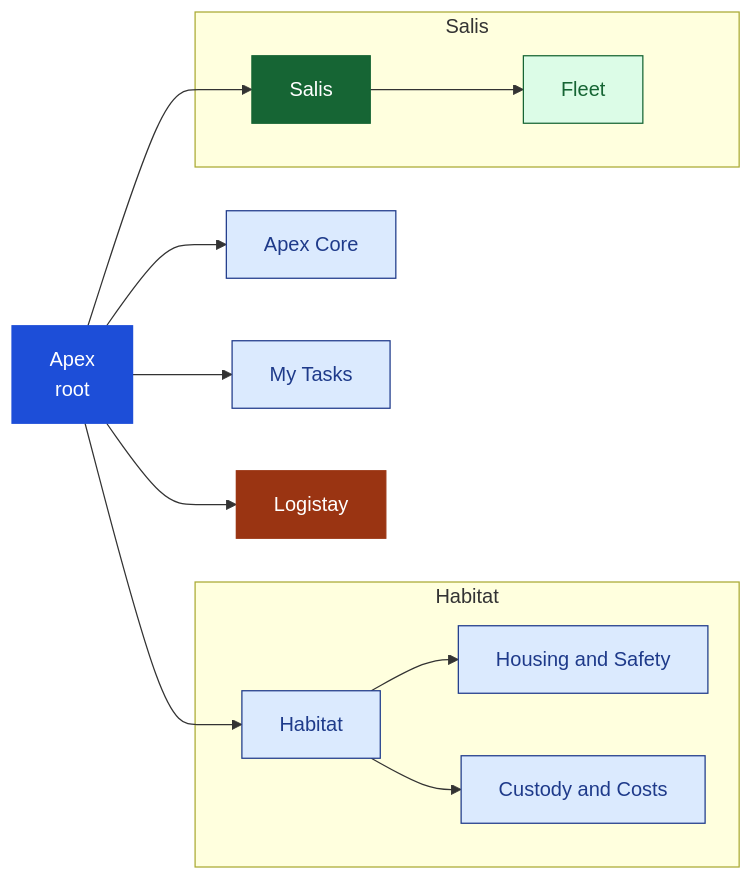
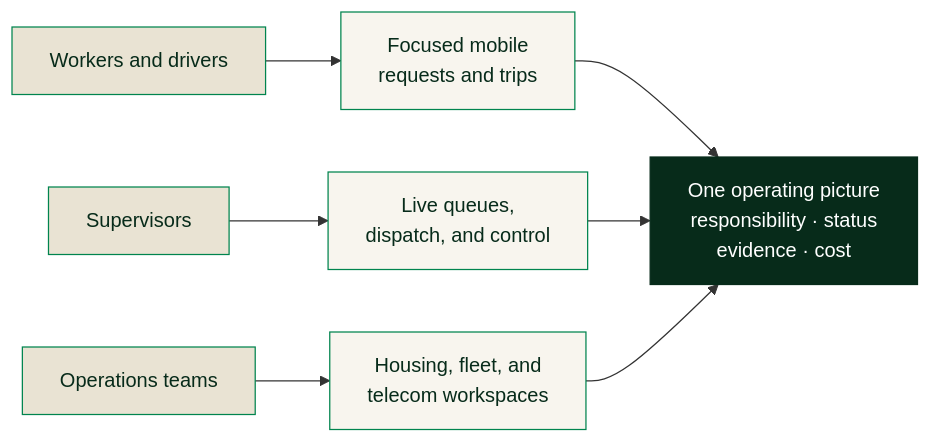
Before and after one commit to iabodysa/apex: the second of 2 diagrams in README.md, drawn with Mermaid. The commit also changed other lines of this file and 30 other files, not shown here.

````diff
--- a/README.md
+++ b/README.md
@@ -170,35 +80,17 @@
 ```mermaid
-graph LR
-    APEX["Apex<br/>root"]:::hub_ws
+flowchart LR
+    FIELD["Workers and drivers"] --> MOBILE["Focused mobile<br/>requests and trips"]
+    SUPERVISOR["Supervisors"] --> CONTROL["Live queues,<br/>dispatch, and control"]
+    OFFICE["Operations teams"] --> WORKSPACES["Housing, fleet, and<br/>telecom workspaces"]
 
-    CORE["Apex Core"]:::ws
-    TASKS["My Tasks"]:::ws
-    LOG["Logistay"]:::log_ws
+    MOBILE --> VIEW["One operating picture<br/>responsibility · status<br/>evidence · cost"]
+    CONTROL --> VIEW
+    WORKSPACES --> VIEW
 
-    subgraph HAB_NAV ["Habitat"]
-        HAB["Habitat"]:::ws
-        HS["Housing and Safety"]:::ws
-        CC["Custody and Costs"]:::ws
-    end
-
-    subgraph SAL_NAV ["Salis"]
-        SALIS["Salis"]:::sal_ws
-        FLEET["Fleet"]:::sal_child
-    end
-
-    APEX --> CORE
-    APEX --> HAB
-    APEX --> SALIS
-    APEX --> LOG
-    APEX --> TASKS
-
-    HAB --> HS
-    HAB --> CC
-    SALIS --> FLEET
-
-    classDef hub_ws     fill:#1d4ed8,stroke:#1d4ed8,color:#fff;
-    classDef ws         fill:#dbeafe,stroke:#1e3a8a,color:#1e3a8a;
-    classDef sal_ws     fill:#166534,stroke:#166534,color:#fff;
-    classDef sal_child  fill:#dcfce7,stroke:#166534,color:#166534;
-    classDef log_ws     fill:#9a3412,stroke:#9a3412,color:#fff;
+    classDef person fill:#e9e3d3,stroke:#00844e,color:#072b1a;
+    classDef surface fill:#f8f5ee,stroke:#00844e,color:#072b1a;
+    classDef hub fill:#072b1a,stroke:#072b1a,color:#ffffff;
+    class FIELD,SUPERVISOR,OFFICE person;
+    class MOBILE,CONTROL,WORKSPACES surface;
+    class VIEW hub;
 ```
````
